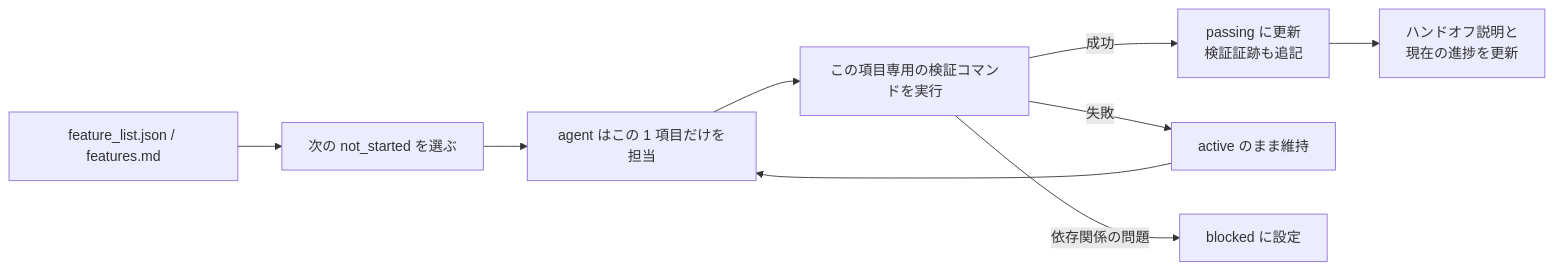
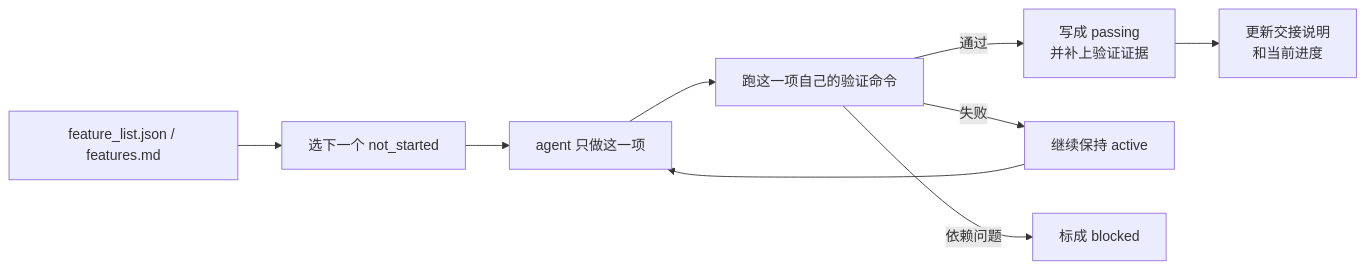
The second of 2 diagrams in docs/zh/lectures/lecture-08-why-feature-lists-are-harness-primitives/index.md (mkusaka/learn-harness-engineering), drawn with Mermaid before and after one commit. The commit also changed other lines of this file and 684 other files, not shown here.

````diff
--- a/docs/zh/lectures/lecture-08-why-feature-lists-are-harness-primitives/index.md
+++ b/docs/zh/lectures/lecture-08-why-feature-lists-are-harness-primitives/index.md
@@ -43,11 +43,11 @@
 ```mermaid
 flowchart LR
-    List["feature_list.json / features.md"] --> Scheduler["次の not_started を選ぶ"]
-    Scheduler --> Agent["agent はこの 1 項目だけを担当"]
-    Agent --> Verifier["この項目専用の検証コマンドを実行"]
-    Verifier -->|成功| Passing["passing に更新<br/>検証証跡も追記"]
-    Verifier -->|失敗| Active["active のまま維持"]
-    Verifier -->|依存関係の問題| Blocked["blocked に設定"]
-    Passing --> Handoff["ハンドオフ説明と<br/>現在の進捗を更新"]
+    List["feature_list.json / features.md"] --> Scheduler["选下一个 not_started"]
+    Scheduler --> Agent["agent 只做这一项"]
+    Agent --> Verifier["跑这一项自己的验证命令"]
+    Verifier -->|通过| Passing["写成 passing<br/>并补上验证证据"]
+    Verifier -->|失败| Active["继续保持 active"]
+    Verifier -->|依赖问题| Blocked["标成 blocked"]
+    Passing --> Handoff["更新交接说明<br/>和当前进度"]
     Active --> Agent
 ```
````
